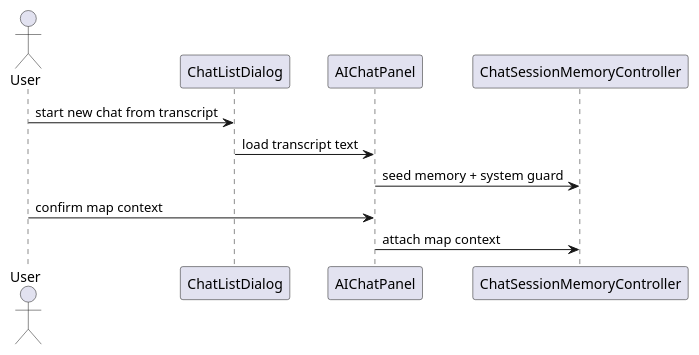
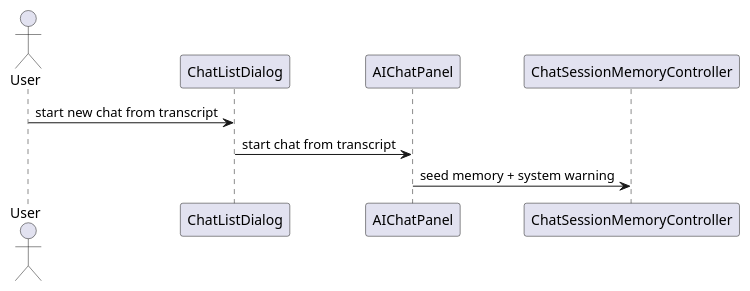
The fifth of 5 diagrams in freeplane_plugin_ai/specs/tasks/in-progress/tool-capable-chat-history-transcripts.md (guoranjun2/nexordia), drawn with PlantUML before and after one commit. The commit also changed other lines of this file and 24 other files, not shown here.

Commit message:
2026-01-24-chat-history-transcripts: add transcript chat restore and list UX

````diff
--- a/freeplane_plugin_ai/specs/tasks/in-progress/tool-capable-chat-history-transcripts.md
+++ b/freeplane_plugin_ai/specs/tasks/in-progress/tool-capable-chat-history-transcripts.md
@@ -301,13 +331,11 @@
   ```plantuml
   @startuml
   actor User
   participant ChatListDialog
   participant AIChatPanel
   participant ChatSessionMemoryController
   User -> ChatListDialog : start new chat from transcript
-  ChatListDialog -> AIChatPanel : load transcript text
-  AIChatPanel -> ChatSessionMemoryController : seed memory + system guard
-  User -> AIChatPanel : confirm map context
-  AIChatPanel -> ChatSessionMemoryController : attach map context
+  ChatListDialog -> AIChatPanel : start chat from transcript
+  AIChatPanel -> ChatSessionMemoryController : seed memory + system warning
   @enduml
   ```
````
